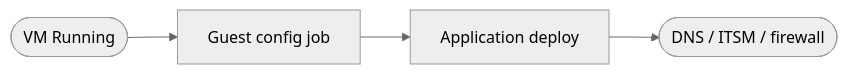
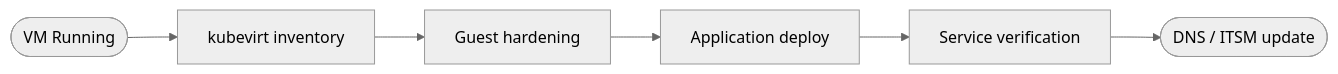
One commit to ansible-tmm/solution-guides changed the diagram in README-Virtualization-Use-Case-05-Guest-OS-and-Apps.md. Above: the diagram before and after it, drawn with Mermaid (neutral theme). The commit also changed other lines of this file and 9 other files, not shown here.

````diff
--- a/README-Virtualization-Use-Case-05-Guest-OS-and-Apps.md
+++ b/README-Virtualization-Use-Case-05-Guest-OS-and-Apps.md
@@ -49,6 +62,8 @@
 ```mermaid
 graph LR
-  VM([VM Running]) --> Guest[Guest config job]
+  VM([VM Running]) --> Inventory[kubevirt inventory]
+  Inventory --> Guest[Guest hardening]
   Guest --> App[Application deploy]
-  App --> Infra([DNS / ITSM / firewall])
+  App --> Verify[Service verification]
+  Verify --> Infra([DNS / ITSM update])
 ```
````
